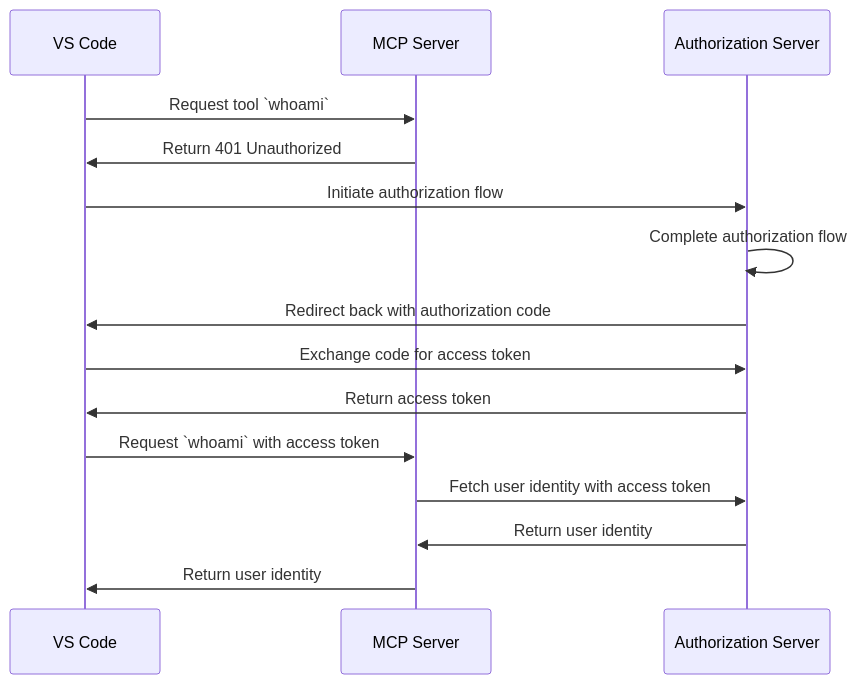
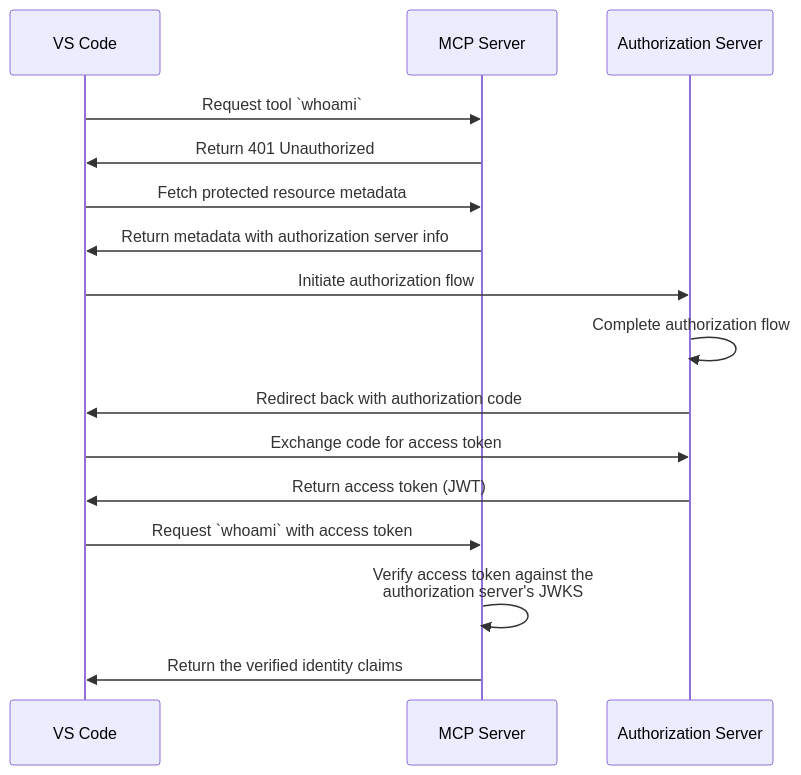
Before and after one commit to mcp-auth/docs: the diagram in docs/tutorials/whoami/README.mdx, drawn with Mermaid. The commit also changed other lines of this file and 431 other files, not shown here.

````diff
--- a/docs/tutorials/whoami/README.mdx
+++ b/docs/tutorials/whoami/README.mdx
@@ -33,18 +29,19 @@
 ```mermaid
 sequenceDiagram
     participant Client as VS Code
     participant Server as MCP Server
     participant Auth as Authorization Server
 
     Client->>Server: Request tool `whoami`
     Server->>Client: Return 401 Unauthorized
+    Client->>Server: Fetch protected resource metadata
+    Server->>Client: Return metadata with authorization server info
     Client->>Auth: Initiate authorization flow
     Auth->>Auth: Complete authorization flow
     Auth->>Client: Redirect back with authorization code
     Client->>Auth: Exchange code for access token
-    Auth->>Client: Return access token
+    Auth->>Client: Return access token (JWT)
     Client->>Server: Request `whoami` with access token
-    Server->>Auth: Fetch user identity with access token
-    Auth->>Server: Return user identity
-    Server->>Client: Return user identity
+    Server->>Server: Verify access token against the<br/>authorization server's JWKS
+    Server->>Client: Return the verified identity claims
 ```
````
